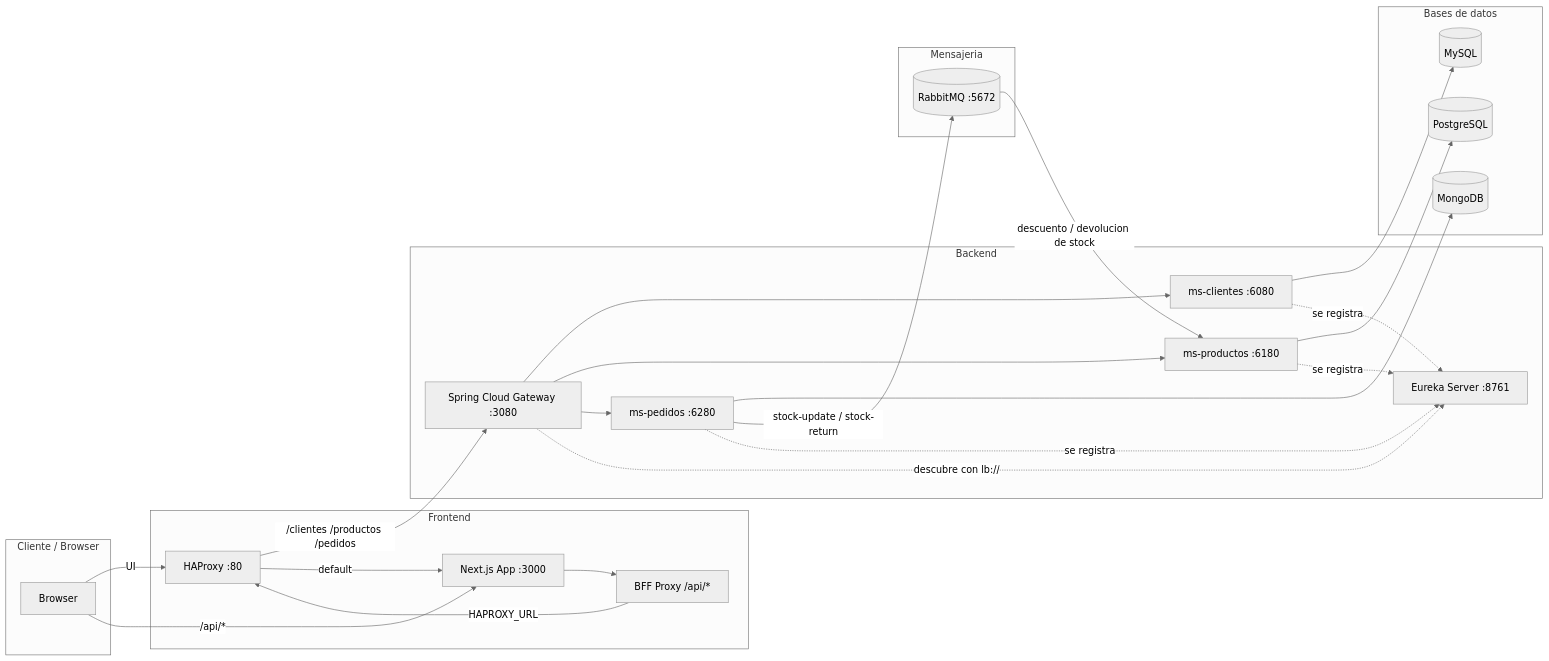
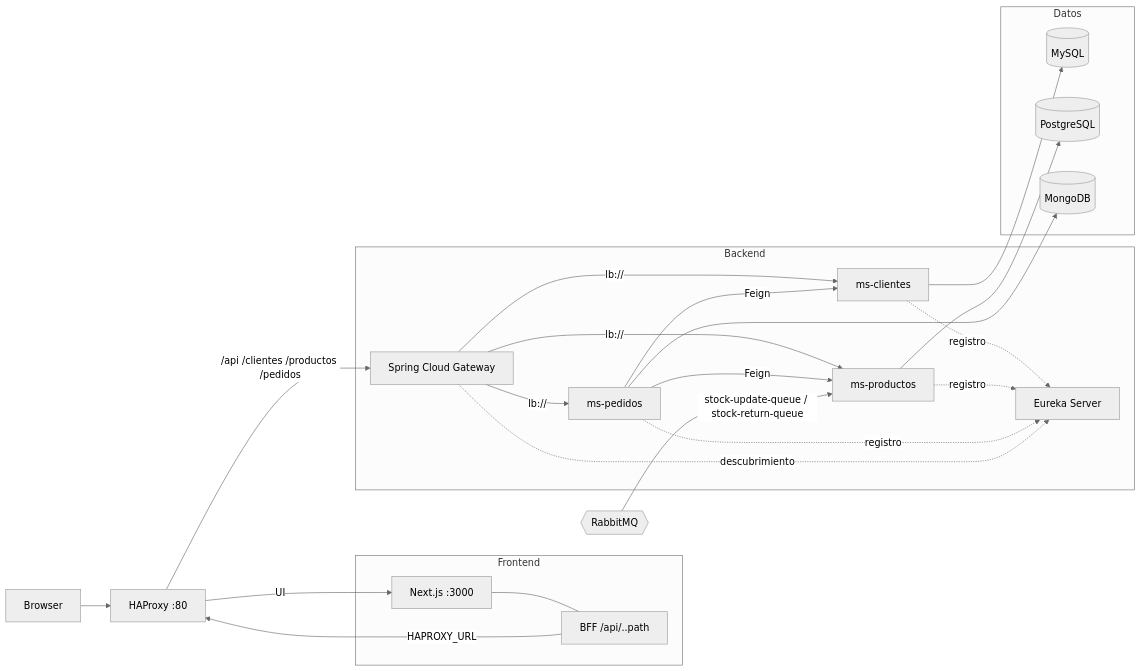
Before and after one commit to AgustinMohr/vigadesk: the first of 5 diagrams in README.md, drawn with Mermaid (neutral theme). The commit also changed other lines of this file, not shown here.

Commit message:
Reescribir README con arquitectura, seguridad, ejecución y testing verificados contra el código

````diff
--- a/README.md
+++ b/README.md
@@ -25,50 +62,46 @@
 ```mermaid
 flowchart LR
-    subgraph Cliente["Cliente / Browser"]
-        B[Browser]
+    B[Browser] --> HAP[HAProxy :80]
+
+    subgraph Frontend
+        NEXT[Next.js :3000]
+        BFF["BFF /api/..path"]
     end
 
-    subgraph Frontend["Frontend"]
-        NEXT[Next.js App :3000]
-        BFF[BFF Proxy /api/*]
-        HAP[HAProxy :80]
+    subgraph Backend
+        GW[Spring Cloud Gateway]
+        EU[Eureka Server]
+        CLI[ms-clientes]
+        PRO[ms-productos]
+        PED[ms-pedidos]
     end
 
-    subgraph Backend["Backend"]
-        GW[Spring Cloud Gateway :3080]
-        EU[Eureka Server :8761]
-        CLI[ms-clientes :6080]
-        PRO[ms-productos :6180]
-        PED[ms-pedidos :6280]
-    end
-
-    subgraph Datos["Bases de datos"]
+    subgraph Datos
         MYSQL[(MySQL)]
         PG[(PostgreSQL)]
         MONGO[(MongoDB)]
     end
 
-    subgraph Mensajeria["Mensajeria"]
-        RABBIT[(RabbitMQ :5672)]
-    end
+    RABBIT{{RabbitMQ}}
 
-    B -->|"UI"| HAP
-    B -->|"/api/*"| NEXT
-    NEXT --> BFF
-    BFF -->|"HAPROXY_URL"| HAP
-    HAP -->|"/clientes /productos /pedidos"| GW
-    HAP -->|"default"| NEXT
-    GW --> CLI
-    GW --> PRO
-    GW --> PED
+    HAP -- "UI" --> NEXT
+    NEXT --- BFF
+    BFF -- "HAPROXY_URL" --> HAP
+    HAP -- "/api /clientes /productos /pedidos" --> GW
+    GW -- "lb://" --> CLI
+    GW -- "lb://" --> PRO
+    GW -- "lb://" --> PED
+
     CLI --> MYSQL
     PRO --> PG
     PED --> MONGO
-    PED -->|"stock-update / stock-return"| RABBIT
-    RABBIT -->|"descuento / devolucion de stock"| PRO
 
-    CLI -. "se registra" .-> EU
-    PRO -. "se registra" .-> EU
-    PED -. "se registra" .-> EU
-    GW -. "descubre con lb://" .-> EU
+    PED -- "Feign" --> CLI
+    PED -- "Feign" --> PRO
+    RABBIT -- "stock-update-queue / stock-return-queue" --> PRO
+
+    CLI -. registro .-> EU
+    PRO -. registro .-> EU
+    PED -. registro .-> EU
+    GW -. descubrimiento .-> EU
 ```
````
